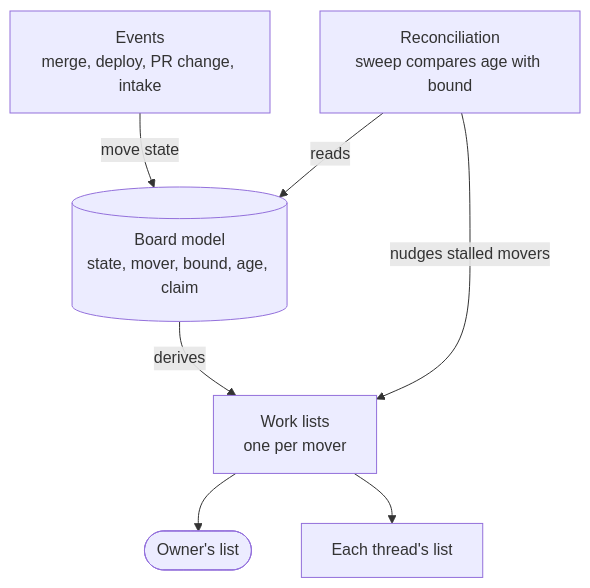
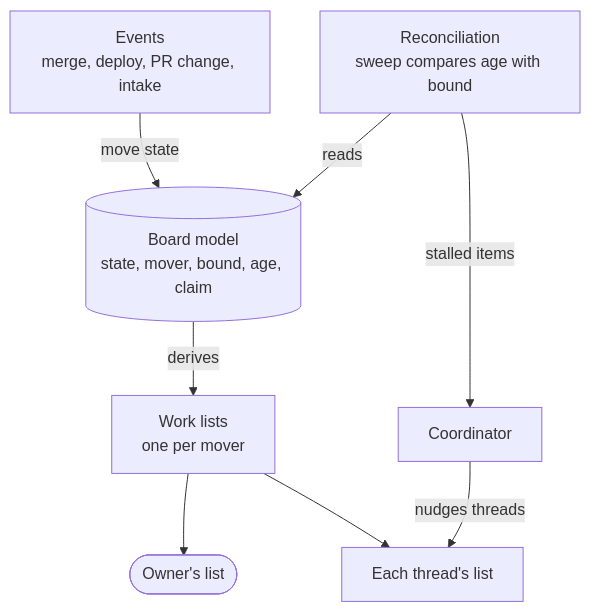
The fifth of 5 diagrams in records/2.5-changes/process-definition/176-project-board-flow/design.md (delphside/programme), drawn with Mermaid before and after one commit. The commit also changed other lines of this file and 3 other files, not shown here.

First line of the commit message:
Board flow: document review round 2 fixes

````diff
--- a/records/2.5-changes/process-definition/176-project-board-flow/design.md
+++ b/records/2.5-changes/process-definition/176-project-board-flow/design.md
@@ -258,13 +260,14 @@
 ```mermaid
 flowchart TB
     model[(Board model<br/>state, mover, bound, age, claim)]
     ev[Events<br/>merge, deploy, PR change, intake]
     sweep[Reconciliation<br/>sweep compares age with bound]
     queue[Work lists<br/>one per mover]
     ev -->|move state| model
     sweep -->|reads| model
-    sweep -->|nudges stalled movers| queue
+    sweep -->|stalled items| coord[Coordinator]
+    coord -->|nudges threads| threads[Each thread's list]
     model -->|derives| queue
     queue --> owner([Owner's list])
-    queue --> threads[Each thread's list]
+    queue --> threads
 ```
````
